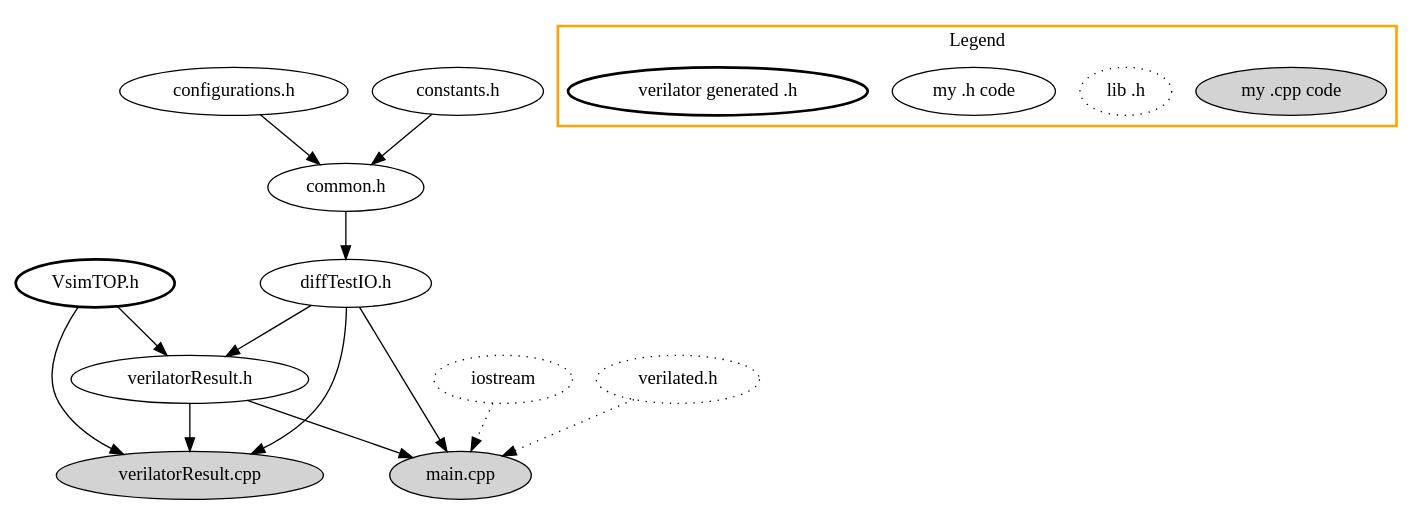
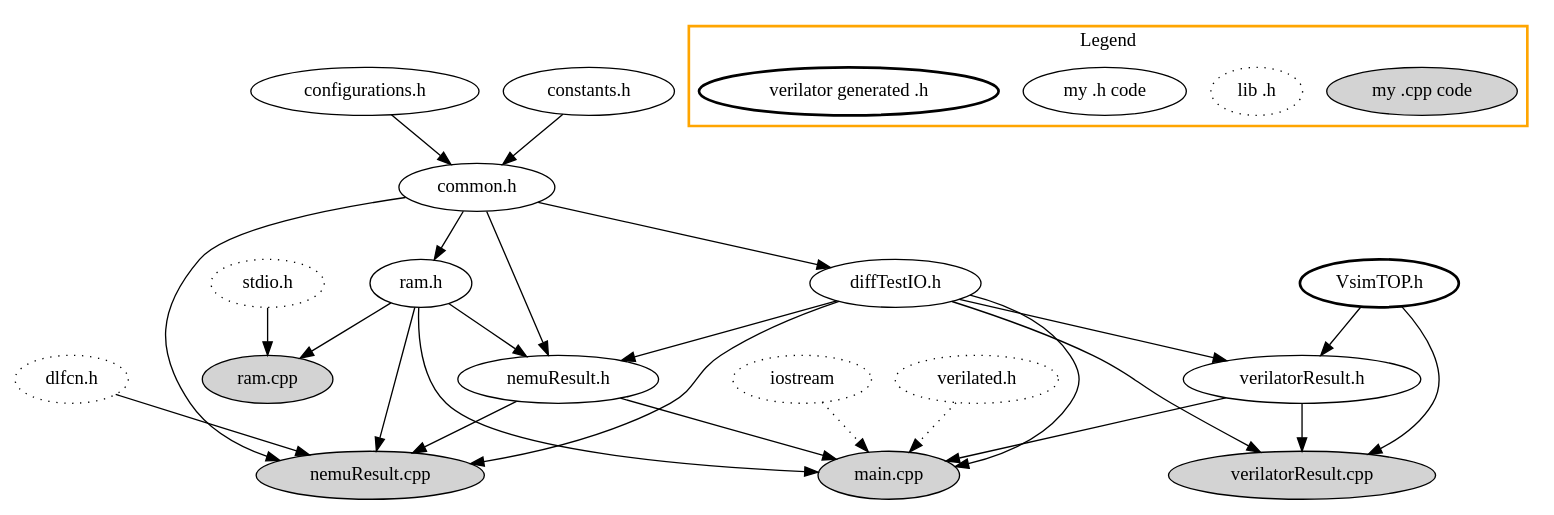
Before and after one commit to yuhengy/coredesign: the diagram in documents/dependChain-verilator.gv, drawn with Graphviz. The commit also changed 15 other files, not shown here.

Commit message:
RAM+NEMU: adds ram.cpp and add nemuResult.cpp to get nemu status.

```diff
--- a/documents/dependChain-verilator.gv
+++ b/documents/dependChain-verilator.gv
@@ -1,35 +1,47 @@
 digraph G {
   "configurations.h" -> "common.h";
   "constants.h" -> "common.h";
-  "common.h" -> "diffTestIO.h";
-  "diffTestIO.h" -> "verilatorResult.h", "verilatorResult.cpp", "main.cpp";
+  "common.h" -> "diffTestIO.h", "nemuResult.cpp", "nemuResult.h", "ram.h";
+  "diffTestIO.h" -> "verilatorResult.h", "nemuResult.cpp", "verilatorResult.cpp", "main.cpp", "nemuResult.h";
   "verilatorResult.h" -> "verilatorResult.cpp", "main.cpp";
 
   "VsimTOP.h" [style=bold];
   "VsimTOP.h" -> "verilatorResult.h", "verilatorResult.cpp";
 
+  "nemuResult.cpp" [style=filled];
   "verilatorResult.cpp" [style=filled];
   "main.cpp" [style=filled];
+  "ram.cpp" [style=filled];
+
 
   "iostream" [style=dotted];
   "verilated.h" [style=dotted];
+  "dlfcn.h" [style=dotted];
+  "stdio.h" [style=dotted];
   "iostream" -> "main.cpp" [style=dotted];
   "verilated.h" -> "main.cpp" [style=dotted];
+  "dlfcn.h" -> "nemuResult.cpp";
+  "stdio.h" -> "ram.cpp";
+
+  "ram.h" -> "main.cpp", "nemuResult.cpp", "nemuResult.h", "ram.cpp";
+  "nemuResult.h" -> "main.cpp", "nemuResult.cpp";
+
+
 
   // Legend
   subgraph cluster1 {
     "my .cpp code" [style=filled];
     "lib .h" [style=dotted];
     "my .h code";
     "verilator generated .h" [style=bold];
 
     label = "Legend";
     style=bold;
     color = "orange";
   }
 }
 
 // TODO: 1. Add verilator generated .cpp files as a node.
 //          The intrinsic problem is we cannot draw a node with `style=filled+bold`
 //       2. Add a node represent runnable, which is arrowed by all .cpp.
 //          This can only be done after solve TODO1.
```
